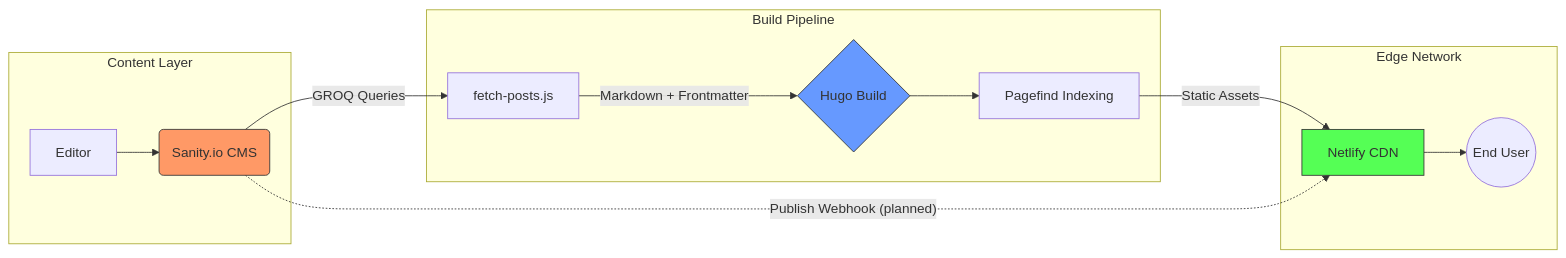
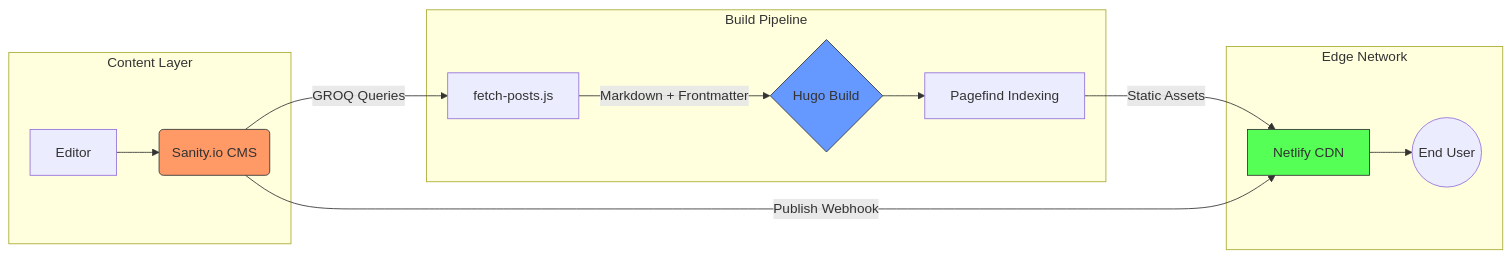
The diagram in README.md (Kartik199/mind-the-lines), drawn with Mermaid before and after one commit. The commit also changed other lines of this file and 1 other file, not shown here.

Commit message:
Update architecture documentation and README for clarity on webhook integration and audit details

````diff
--- a/README.md
+++ b/README.md
@@ -22,23 +22,23 @@
 ```mermaid
 graph LR
     subgraph CMS [Content Layer]
         A[Editor] --> B(Sanity.io CMS)
     end
 
     subgraph Build [Build Pipeline]
         C[fetch-posts.js] -- "Markdown + Frontmatter" --> D{Hugo Build}
         D --> E[Pagefind Indexing]
     end
 
     subgraph Distribution [Edge Network]
         E -- "Static Assets" --> F[Netlify CDN]
         F --> G((End User))
     end
 
     B -- "GROQ Queries" --> C
-    B -. "Publish Webhook (planned)" .-> F
+    B -- "Publish Webhook" --> F
 
     style B fill:#f96,stroke:#333,stroke-width:1px
     style D fill:#69f,stroke:#333,stroke-width:1px
     style F fill:#5f5,stroke:#333,stroke-width:1px
 ```
````
